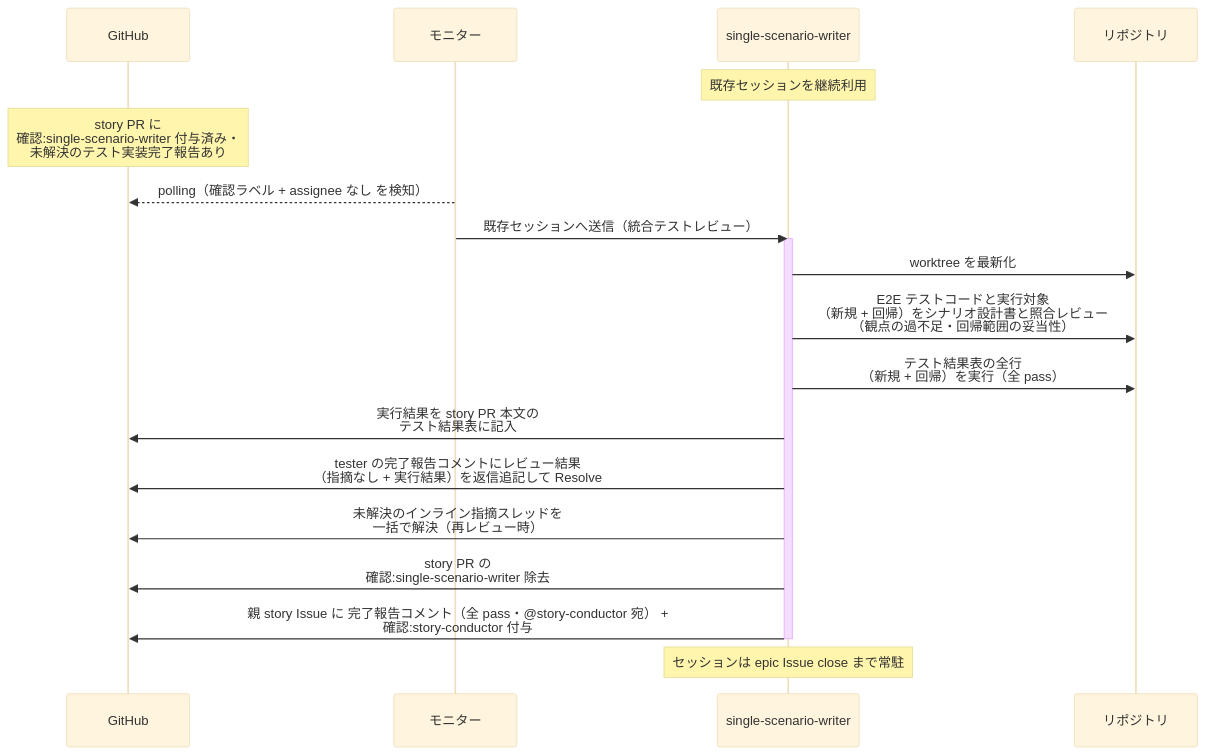
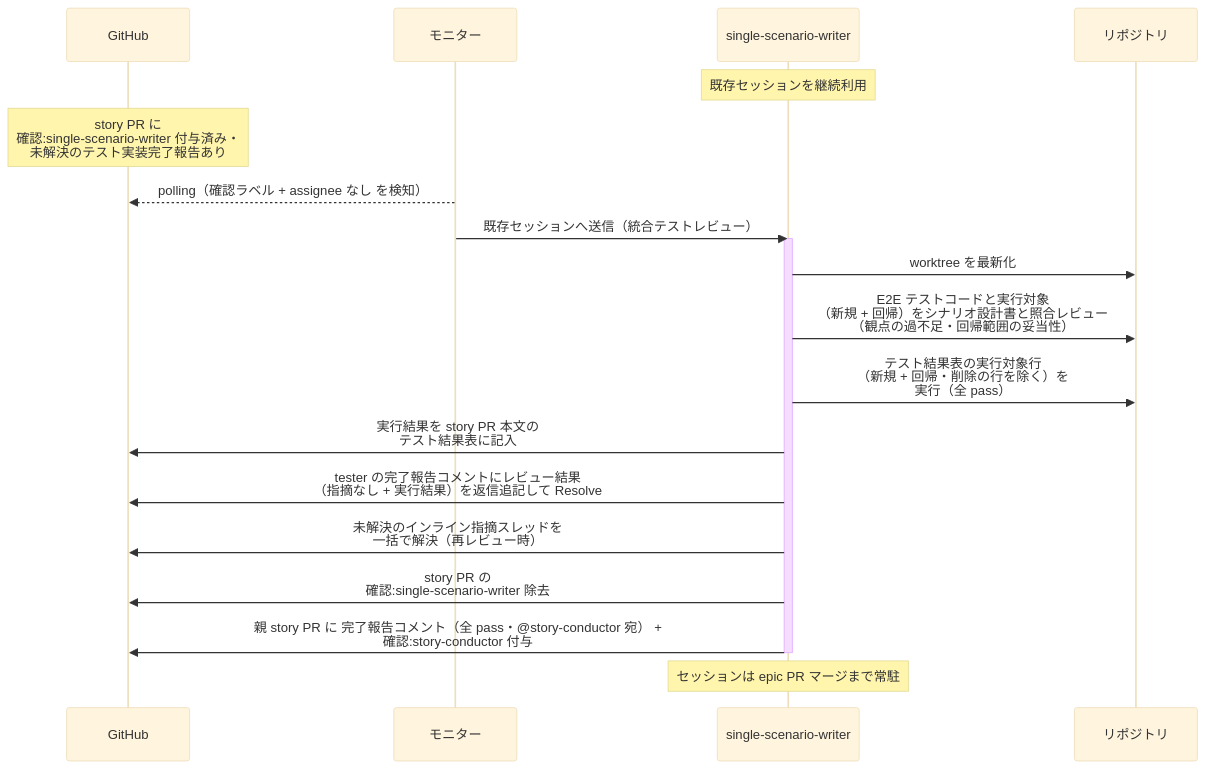
Before and after one commit to shuhei1101/ai-monitor: the first of 5 diagrams in docs/wiki/設計図/シナリオ/単一ユースケース/統合テストレビュー.md, drawn with Mermaid (base theme). The commit also changed other lines of this file and 256 other files, not shown here.

````diff
--- a/docs/wiki/設計図/シナリオ/単一ユースケース/統合テストレビュー.md
+++ b/docs/wiki/設計図/シナリオ/単一ユースケース/統合テストレビュー.md
@@ -37,23 +37,23 @@
 ```mermaid
 sequenceDiagram
   participant GH as GitHub
   participant ORC as モニター
   participant MON as single-scenario-writer
   participant REPO as リポジトリ
 
   Note over MON: 既存セッションを継続利用
   Note over GH: story PR に<br>確認:single-scenario-writer 付与済み・<br>未解決のテスト実装完了報告あり
   ORC-->>GH: polling（確認ラベル + assignee なし を検知）
   ORC->>MON: 既存セッションへ送信（統合テストレビュー）
   activate MON
   MON->>REPO: worktree を最新化
   MON->>REPO: E2E テストコードと実行対象<br>（新規 + 回帰）をシナリオ設計書と照合レビュー<br>（観点の過不足・回帰範囲の妥当性）
-  MON->>REPO: テスト結果表の全行<br>（新規 + 回帰）を実行（全 pass）
+  MON->>REPO: テスト結果表の実行対象行<br>（新規 + 回帰・削除の行を除く）を<br>実行（全 pass）
   MON->>GH: 実行結果を story PR 本文の<br>テスト結果表に記入
   MON->>GH: tester の完了報告コメントにレビュー結果<br>（指摘なし + 実行結果）を返信追記して Resolve
   MON->>GH: 未解決のインライン指摘スレッドを<br>一括で解決（再レビュー時）
   MON->>GH: story PR の<br>確認:single-scenario-writer 除去
-  MON->>GH: 親 story Issue に 完了報告コメント（全 pass・@story-conductor 宛） +<br>確認:story-conductor 付与
+  MON->>GH: 親 story PR に 完了報告コメント（全 pass・@story-conductor 宛） +<br>確認:story-conductor 付与
   deactivate MON
-  Note over MON: セッションは epic Issue close まで常駐
+  Note over MON: セッションは epic PR マージまで常駐
 ```
````
